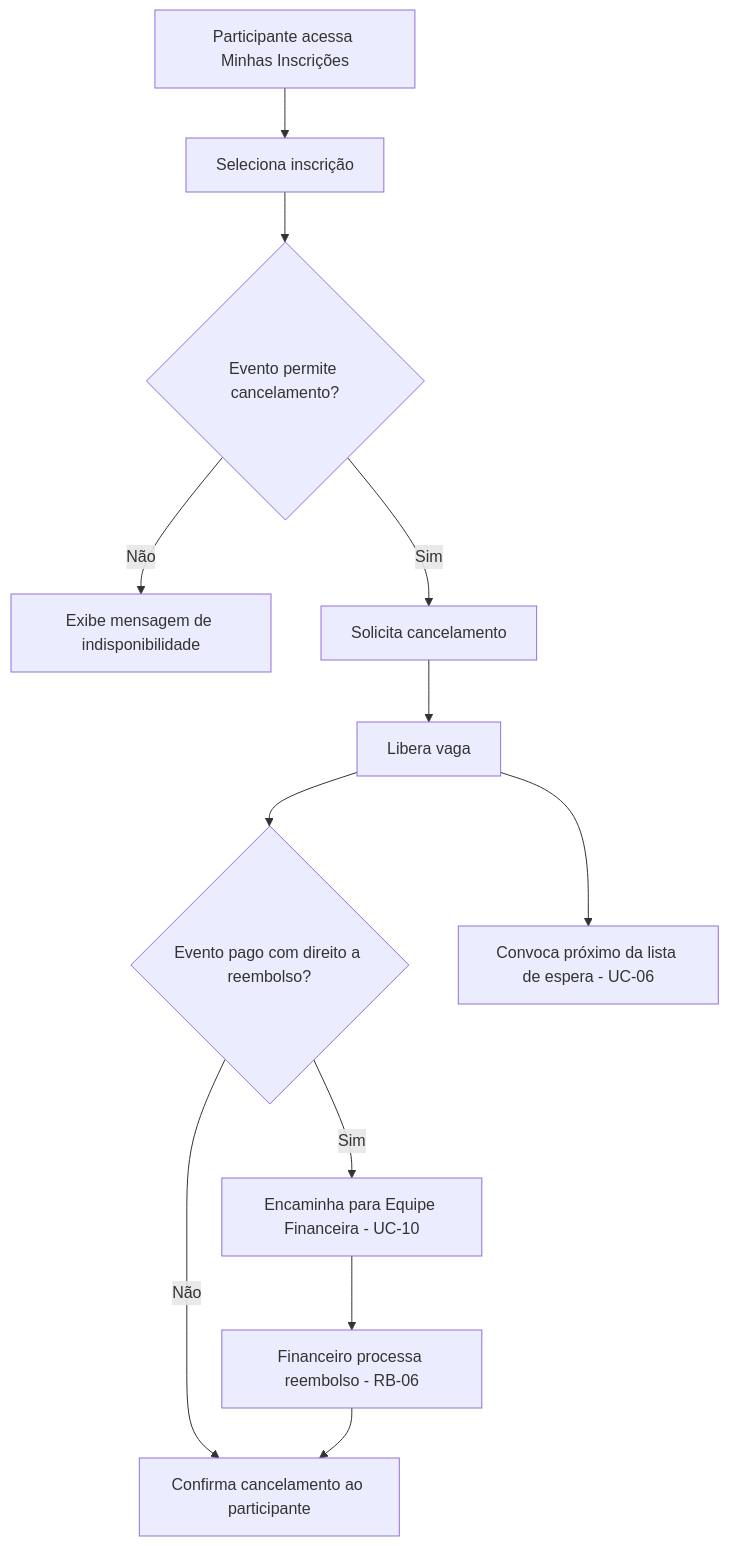
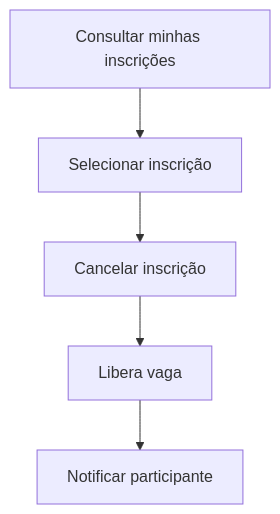
Before and after one commit to felipe-globo/engenharia-requisitos-genai: the third of 7 diagrams in especificacao/prototipos-e-fluxos.md, drawn with Mermaid. The commit also changed other lines of this file, not shown here.

First line of the commit message:
docs: simplify prototypes and flows to main path diagrams

````diff
--- a/especificacao/prototipos-e-fluxos.md
+++ b/especificacao/prototipos-e-fluxos.md
@@ -74,14 +44,7 @@
 ```mermaid
 flowchart TD
-    A[Participante acessa Minhas Inscrições] --> B[Seleciona inscrição]
-    B --> C{Evento permite cancelamento?}
-    C -->|Não| D[Exibe mensagem de indisponibilidade]
-    C -->|Sim| E[Solicita cancelamento]
-    E --> F[Libera vaga]
-    F --> G{Evento pago com direito a reembolso?}
-    G -->|Sim| H[Encaminha para Equipe Financeira - UC-10]
-    G -->|Não| I[Confirma cancelamento ao participante]
-    H --> J[Financeiro processa reembolso - RB-06]
-    J --> I
-    F --> K[Convoca próximo da lista de espera - UC-06]
+    A[Consultar minhas inscrições] --> B[Selecionar inscrição]
+    B --> C[Cancelar inscrição]
+    C --> D[Libera vaga]
+    D --> E[Notificar participante]
 ```
````
